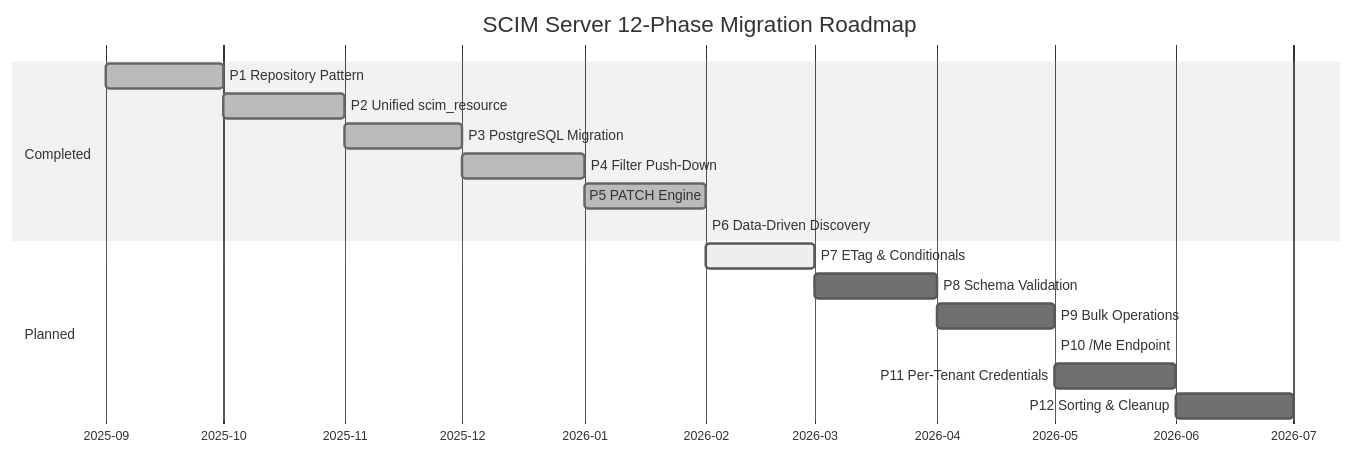
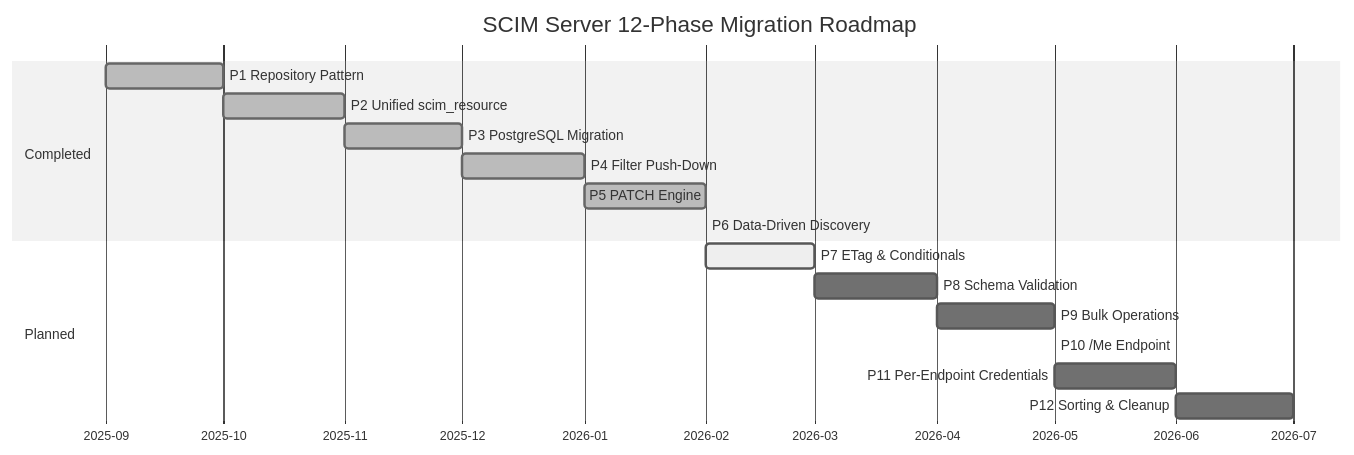
Before and after one commit to pranems/SCIMServer: the first of 8 diagrams in docs/RFC_COMPLIANCE_AND_PROJECT_REQUIREMENTS_ANALYSIS.md, drawn with Mermaid (neutral theme). The commit also changed other lines of this file and 288 other files, not shown here.

````diff
--- a/docs/RFC_COMPLIANCE_AND_PROJECT_REQUIREMENTS_ANALYSIS.md
+++ b/docs/RFC_COMPLIANCE_AND_PROJECT_REQUIREMENTS_ANALYSIS.md
@@ -427,22 +427,22 @@
 ```mermaid
 gantt
     title SCIM Server 12-Phase Migration Roadmap
     dateFormat YYYY-MM
     axisFormat %Y-%m
 
     section Completed
     P1 Repository Pattern       :done, p1, 2025-09, 2025-10
     P2 Unified scim_resource    :done, p2, 2025-10, 2025-11
     P3 PostgreSQL Migration     :done, p3, 2025-11, 2025-12
     P4 Filter Push-Down         :done, p4, 2025-12, 2026-01
     P5 PATCH Engine             :done, p5, 2026-01, 2026-02
     P6 Data-Driven Discovery    :done, p6, 2026-02, 2026-02
 
     section Planned
     P7 ETag & Conditionals      :active, p7, 2026-02, 2026-03
     P8 Schema Validation        :p8, 2026-03, 2026-04
     P9 Bulk Operations          :p9, 2026-04, 2026-05
     P10 /Me Endpoint            :p10, 2026-05, 2026-05
-    P11 Per-Tenant Credentials  :p11, 2026-05, 2026-06
+    P11 Per-Endpoint Credentials  :p11, 2026-05, 2026-06
     P12 Sorting & Cleanup       :p12, 2026-06, 2026-07
 ```
````
